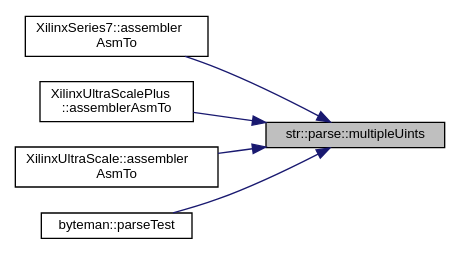
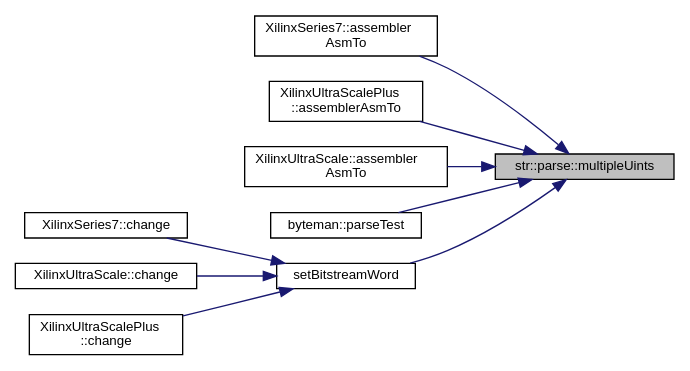
The diagram in namespacestr_1_1parse_a654d50b4a95fff1bab5647f7b96b885c_icgraph.dot (FPGA-Research-Manchester/byteman), drawn with Graphviz before and after one commit. The commit also changed 402 other files, not shown here.

```diff
--- a/namespacestr_1_1parse_a654d50b4a95fff1bab5647f7b96b885c_icgraph.dot
+++ b/namespacestr_1_1parse_a654d50b4a95fff1bab5647f7b96b885c_icgraph.dot
@@ -1,17 +1,25 @@
 digraph "str::parse::multipleUints"
 {
  // INTERACTIVE_SVG=YES
  // LATEX_PDF_SIZE
   edge [fontname="Helvetica",fontsize="10",labelfontname="Helvetica",labelfontsize="10"];
   node [fontname="Helvetica",fontsize="10",shape=record];
   rankdir="RL";
   Node1 [label="str::parse::multipleUints",height=0.2,width=0.4,color="black", fillcolor="grey75", style="filled", fontcolor="black",tooltip=" "];
   Node1 -> Node2 [dir="back",color="midnightblue",fontsize="10",style="solid",fontname="Helvetica"];
   Node2 [label="XilinxSeries7::assembler\lAsmTo",height=0.2,width=0.4,color="black", fillcolor="white", style="filled",URL="$classXilinxSeries7.html#a55408605598e79ef1e48420adf6848dd",tooltip=" "];
   Node1 -> Node3 [dir="back",color="midnightblue",fontsize="10",style="solid",fontname="Helvetica"];
   Node3 [label="XilinxUltraScalePlus\l::assemblerAsmTo",height=0.2,width=0.4,color="black", fillcolor="white", style="filled",URL="$classXilinxUltraScalePlus.html#a7f5dd1945da9b8e8624369beb36c403d",tooltip=" "];
   Node1 -> Node4 [dir="back",color="midnightblue",fontsize="10",style="solid",fontname="Helvetica"];
   Node4 [label="XilinxUltraScale::assembler\lAsmTo",height=0.2,width=0.4,color="black", fillcolor="white", style="filled",URL="$classXilinxUltraScale.html#afc4e9db4c8bcd178dc5cdbb383973051",tooltip=" "];
   Node1 -> Node5 [dir="back",color="midnightblue",fontsize="10",style="solid",fontname="Helvetica"];
   Node5 [label="byteman::parseTest",height=0.2,width=0.4,color="black", fillcolor="white", style="filled",URL="$classbyteman.html#aa45fc307adf7d0cea059ca8664c8df51",tooltip=" "];
+  Node1 -> Node6 [dir="back",color="midnightblue",fontsize="10",style="solid",fontname="Helvetica"];
+  Node6 [label="setBitstreamWord",height=0.2,width=0.4,color="black", fillcolor="white", style="filled",URL="$inlineChange_8h.html#ab5065ae8dd1a442d7056c84f70642bd6",tooltip=" "];
+  Node6 -> Node7 [dir="back",color="midnightblue",fontsize="10",style="solid",fontname="Helvetica"];
+  Node7 [label="XilinxSeries7::change",height=0.2,width=0.4,color="black", fillcolor="white", style="filled",URL="$classXilinxSeries7.html#a341729914076ebc445699425c51037ba",tooltip=" "];
+  Node6 -> Node8 [dir="back",color="midnightblue",fontsize="10",style="solid",fontname="Helvetica"];
+  Node8 [label="XilinxUltraScale::change",height=0.2,width=0.4,color="black", fillcolor="white", style="filled",URL="$classXilinxUltraScale.html#a6fd473ac494b897805e5628817b833ba",tooltip=" "];
+  Node6 -> Node9 [dir="back",color="midnightblue",fontsize="10",style="solid",fontname="Helvetica"];
+  Node9 [label="XilinxUltraScalePlus\l::change",height=0.2,width=0.4,color="black", fillcolor="white", style="filled",URL="$classXilinxUltraScalePlus.html#a8d1c488a56dac4290a90e5718ce2e0be",tooltip=" "];
 }
```
